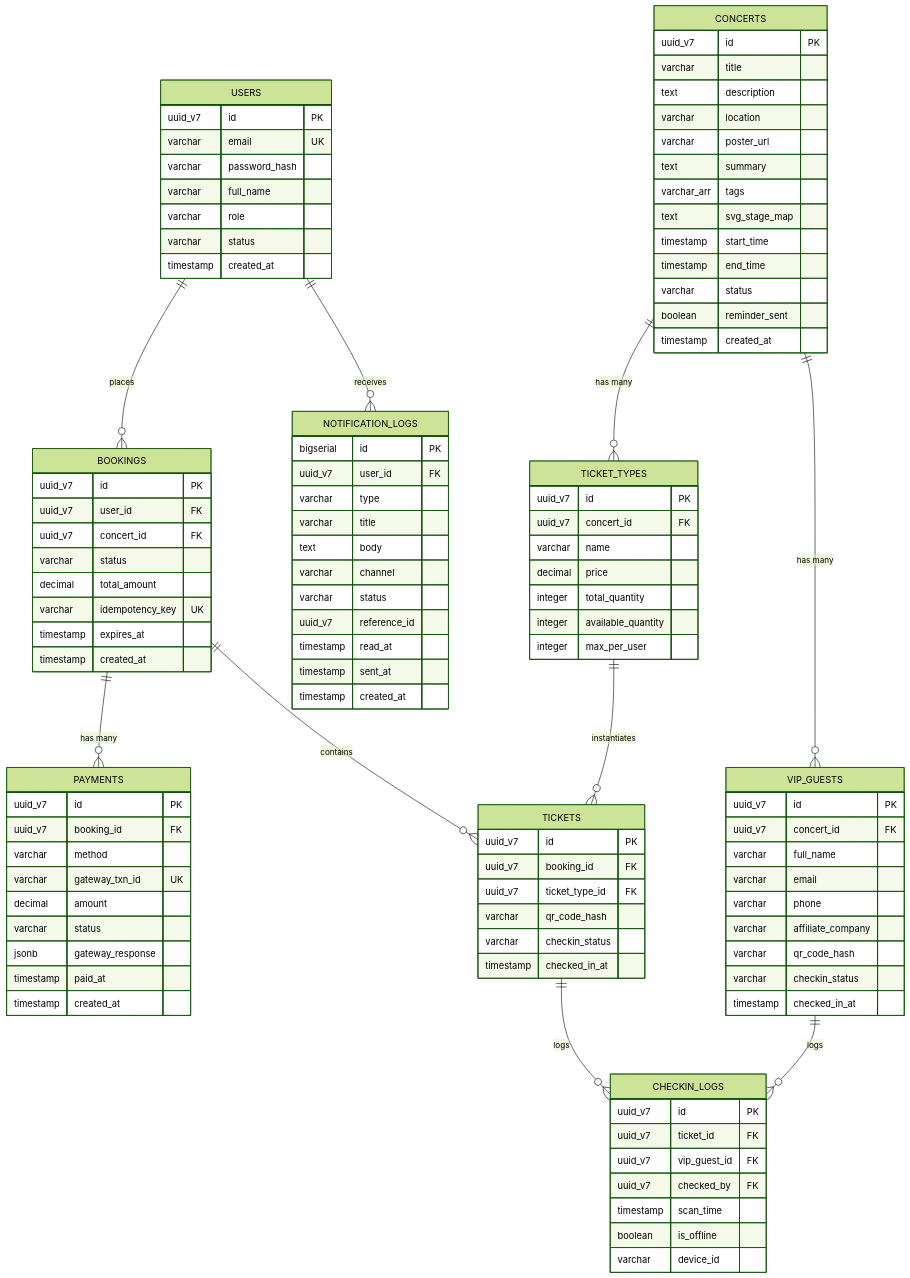
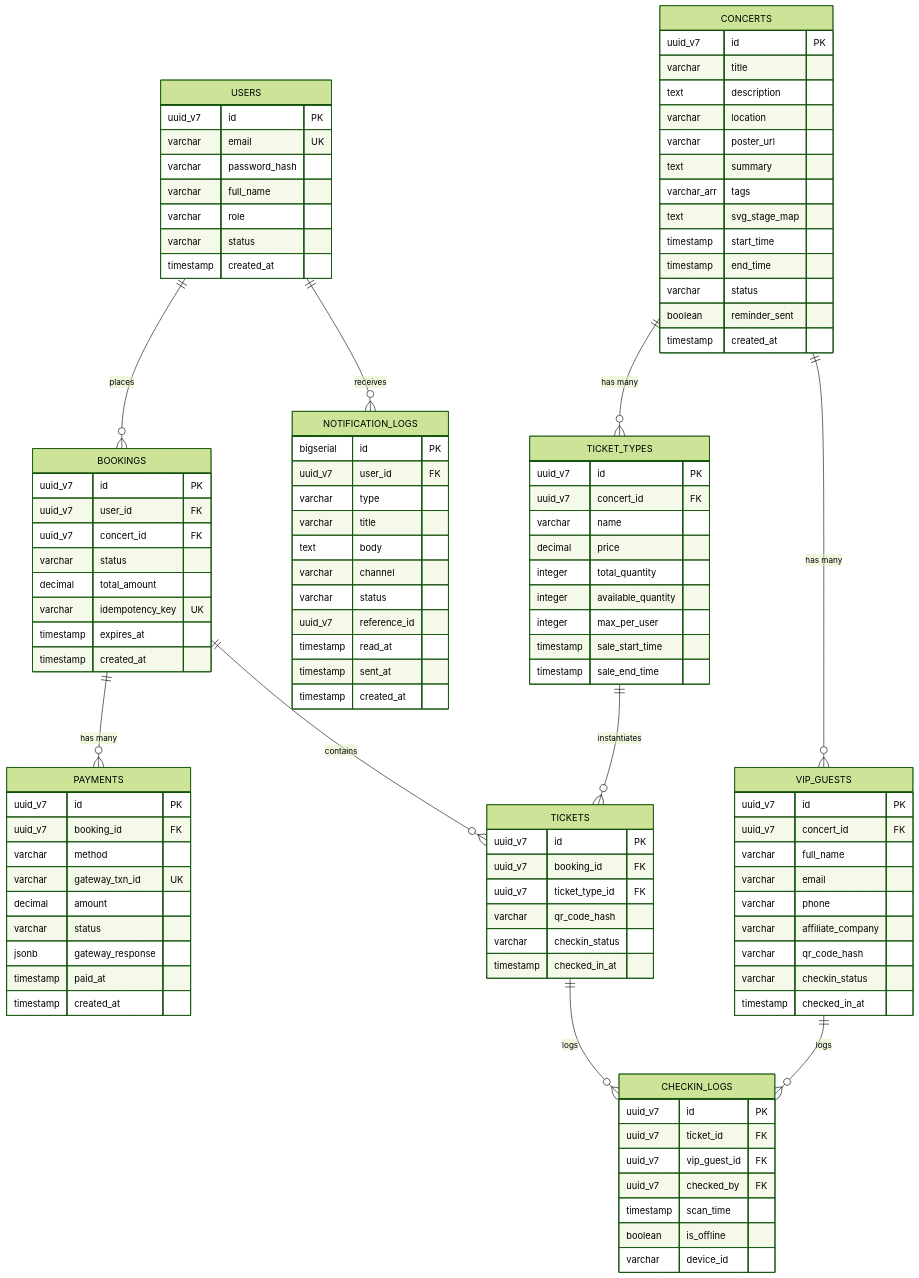
Before and after one commit to thuytranj/TicketBox: the fourth of 15 diagrams in docs/design.md, drawn with Mermaid (forest theme). The commit also changed other lines of this file and 22 other files, not shown here.

```diff
--- a/docs/design.md
+++ b/docs/design.md
@@ -342,6 +342,8 @@
         integer total_quantity
         integer available_quantity
         integer max_per_user
+        timestamp sale_start_time
+        timestamp sale_end_time
     }
     BOOKINGS {
         uuid_v7 id PK
```
